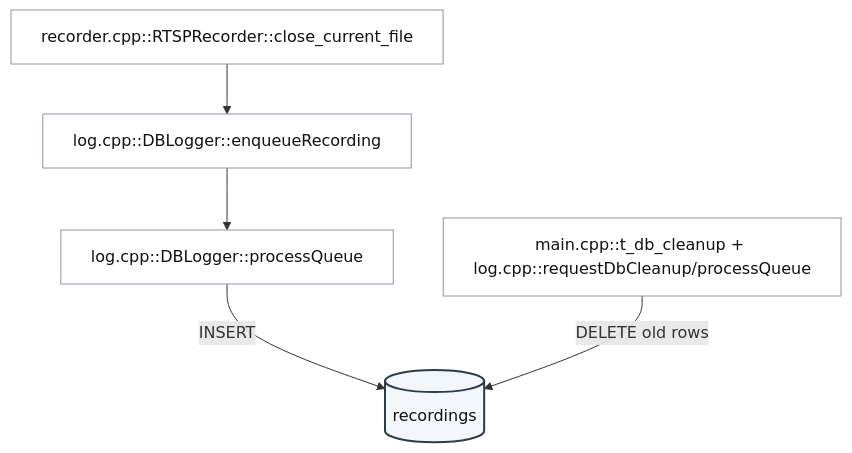
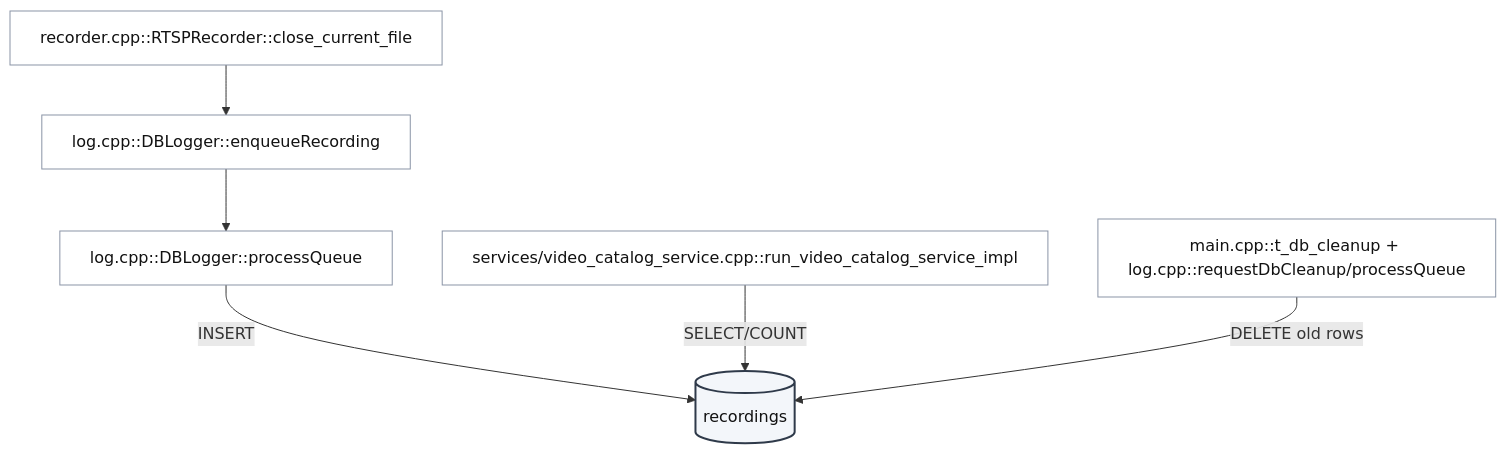
Before and after one commit to VEDA36tmea1/SFEPS: the fifth of 6 diagrams in docs/notion_db_flow.md, drawn with Mermaid. The commit also changed other lines of this file and 10 other files, not shown here.

````diff
--- a/docs/notion_db_flow.md
+++ b/docs/notion_db_flow.md
@@ -107,15 +107,17 @@
 ```mermaid
 flowchart TB
     classDef table fill:#f3f6fa,stroke:#2f3a4a,stroke-width:2px,color:#111;
     classDef func fill:#ffffff,stroke:#8a94a6,color:#111;
 
     T[(recordings)]:::table
     F0["recorder.cpp::RTSPRecorder::close_current_file"]:::func
     F1["log.cpp::DBLogger::enqueueRecording"]:::func
     F2["log.cpp::DBLogger::processQueue"]:::func
-    F3["main.cpp::t_db_cleanup + log.cpp::requestDbCleanup/processQueue"]:::func
+    F3["services/video_catalog_service.cpp::run_video_catalog_service_impl"]:::func
+    F4["main.cpp::t_db_cleanup + log.cpp::requestDbCleanup/processQueue"]:::func
 
     F0 --> F1 --> F2
     F2 -- "INSERT" --> T
-    F3 -- "DELETE old rows" --> T
+    F3 -- "SELECT/COUNT" --> T
+    F4 -- "DELETE old rows" --> T
 ```
````
